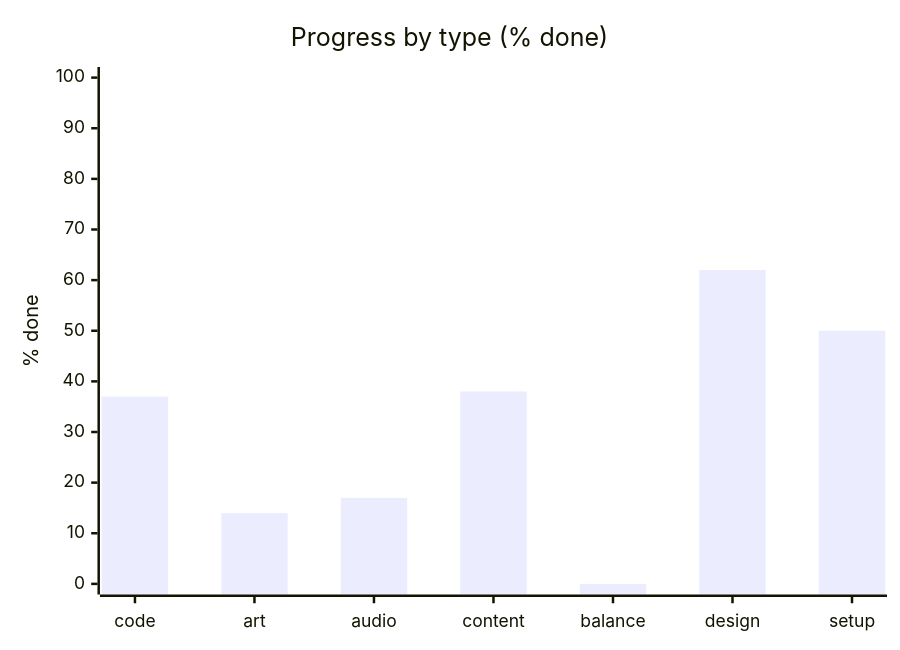
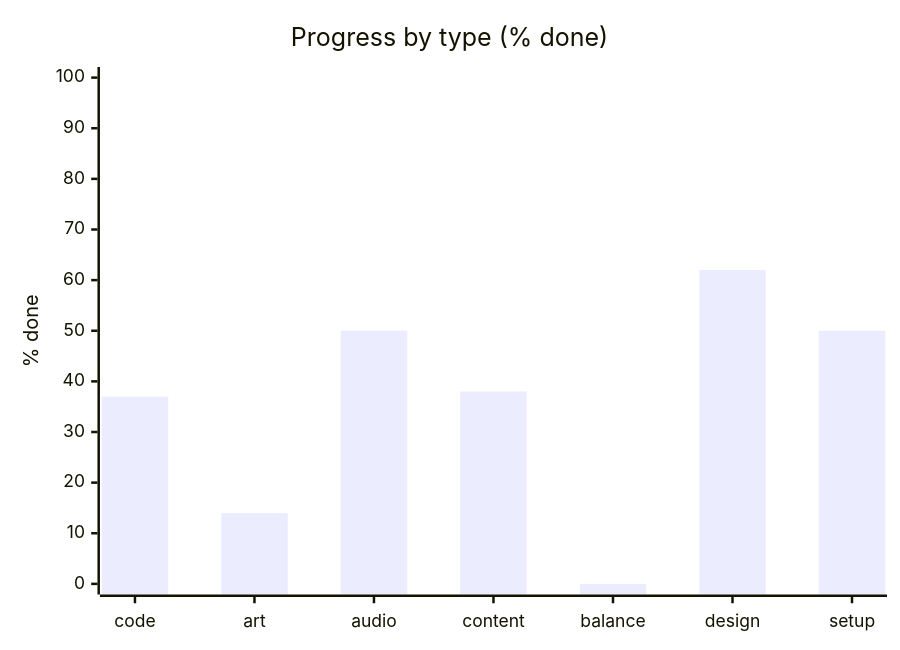
Before and after one commit to artemiiShabanov/RallyRivals: the second of 3 diagrams in STATUS.md, drawn with Mermaid. The commit also changed other lines of this file and 11 other files, not shown here.

````diff
--- a/STATUS.md
+++ b/STATUS.md
@@ -17,7 +17,7 @@
 ```mermaid
 xychart-beta
     title "Progress by type (% done)"
     x-axis ["code", "art", "audio", "content", "balance", "design", "setup"]
     y-axis "% done" 0 --> 100
-    bar [37, 14, 17, 38, 0, 62, 50]
+    bar [37, 14, 50, 38, 0, 62, 50]
 ```
````
